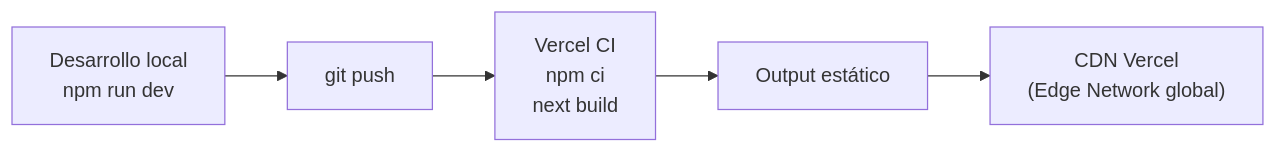
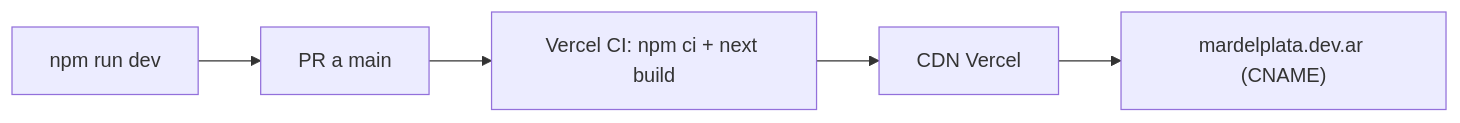
One commit to LuigiRaffaeleSianoCanoro/mardelplata changed the diagram in ARCHITECTURE.md. Above: the diagram before and after it, drawn with Mermaid. The commit also changed other lines of this file, not shown here.

First line of the commit message:
docs(architecture): rewrite to reflect actual app surface

````diff
--- a/ARCHITECTURE.md
+++ b/ARCHITECTURE.md
@@ -180,7 +483,7 @@
 ```mermaid
 graph LR
-    Dev["Desarrollo local\nnpm run dev"] --> Push["git push"]
-    Push --> Vercel["Vercel CI\nnpm ci\nnext build"]
-    Vercel --> Static["Output estático"]
-    Static --> CDN["CDN Vercel\n(Edge Network global)"]
+  Dev["npm run dev"] --> PR["PR a main"]
+  PR --> Vercel["Vercel CI: npm ci + next build"]
+  Vercel --> Edge["CDN Vercel"]
+  Edge --> DNS["mardelplata.dev.ar (CNAME)"]
 ```
````
